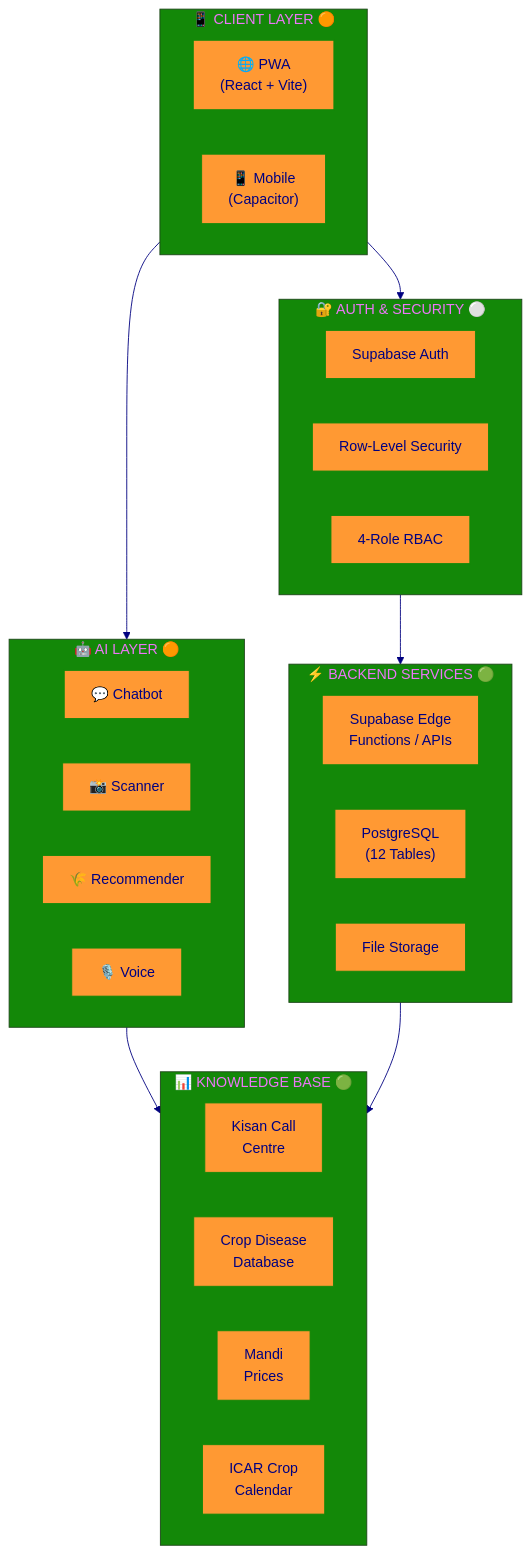
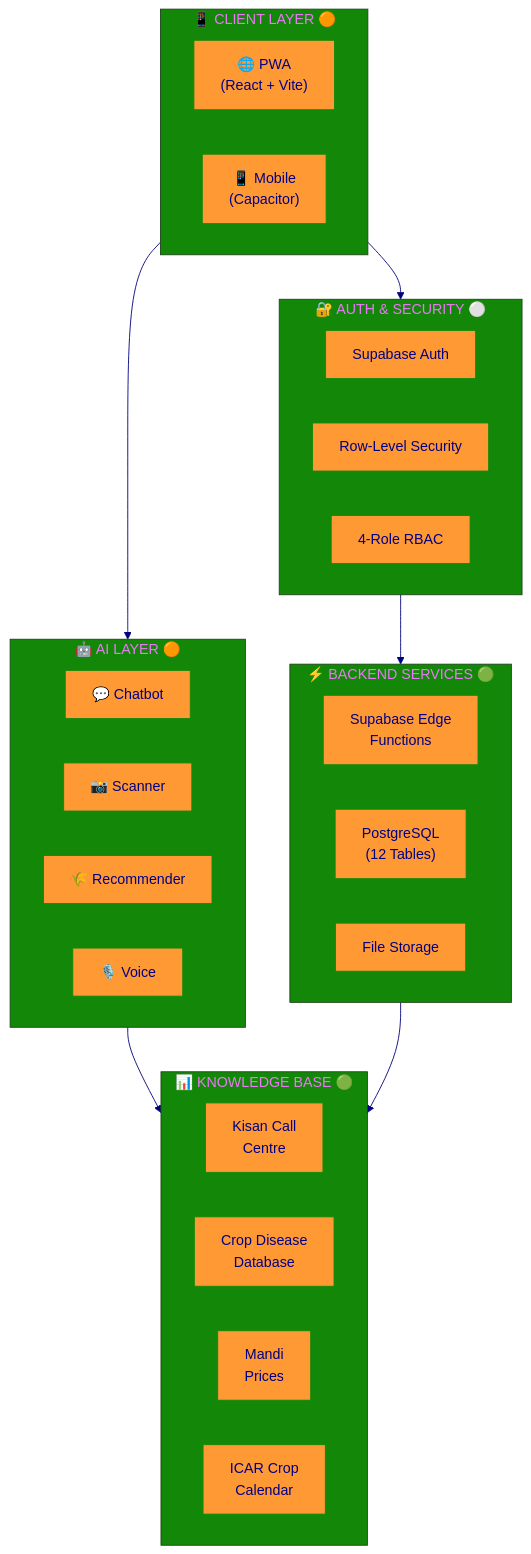
Before and after one commit to Samrudh2006/Farm_Intellect: the first of 2 diagrams in README.md, drawn with Mermaid.

Commit message:
docs: refine readme architecture label
Agent-Logs-Url: https://github.com/Samrudh2006/farm-intellect-65/sessions/de82f86b-9bcf-4ce2-b3db-e88c163b8190

````diff
--- a/README.md
+++ b/README.md
@@ -99,44 +99,44 @@
 ```mermaid
 %%{init: {'theme': 'base', 'themeVariables': { 'primaryColor': '#FF9933', 'primaryTextColor': '#000080', 'primaryBorderColor': '#138808', 'lineColor': '#000080', 'secondaryColor': '#FFFFFF', 'tertiaryColor': '#138808'}}}%%
 flowchart TB
     subgraph Client["📱 CLIENT LAYER 🟠"]
         direction LR
         PWA["🌐 PWA<br/>(React + Vite)"]
         CAP["📱 Mobile<br/>(Capacitor)"]
     end
 
     subgraph Auth["🔐 AUTH & SECURITY ⚪"]
         direction LR
         SA["Supabase Auth"]
         RLS["Row-Level Security"]
         RBAC["4-Role RBAC"]
     end
 
     subgraph Backend["⚡ BACKEND SERVICES 🟢"]
         direction LR
-        EF["Supabase Edge<br/>Functions / APIs"]
+        EF["Supabase Edge<br/>Functions"]
         DB["PostgreSQL<br/>(12 Tables)"]
         ST["File Storage"]
     end
 
     subgraph AI["🤖 AI LAYER 🟠"]
         direction LR
         CHAT["💬 Chatbot"]
         SCAN["📸 Scanner"]
         REC["🌾 Recommender"]
         VOICE["🎙️ Voice"]
     end
 
     subgraph Data["📊 KNOWLEDGE BASE 🟢"]
         direction LR
         KCC["Kisan Call<br/>Centre"]
         CROP["Crop Disease<br/>Database"]
         MANDI["Mandi<br/>Prices"]
         CAL["ICAR Crop<br/>Calendar"]
     end
 
     Client --> Auth --> Backend
     Client --> AI
     AI --> Data
     Backend --> Data
 ```
````
